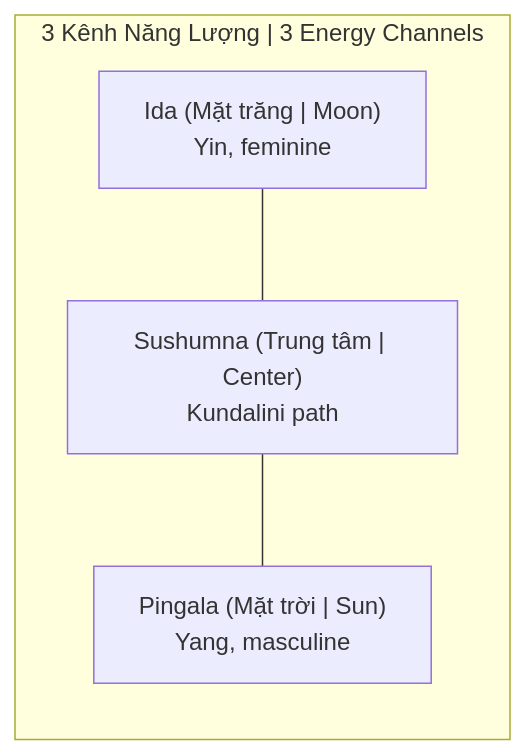
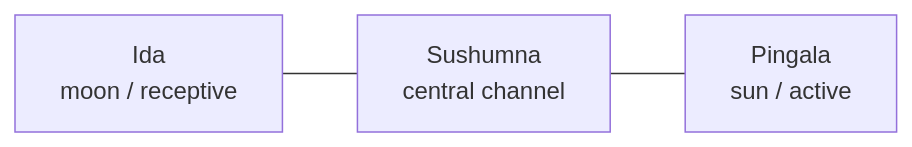
One commit to dyukahi/knowledge changed the second of 2 diagrams in esoterica/Kundalini.md. Above: the diagram before and after it, drawn with Mermaid. The commit also changed other lines of this file and 5 other files, not shown here.

````diff
--- a/esoterica/Kundalini.md
+++ b/esoterica/Kundalini.md
@@ -75,10 +85,7 @@
 ```mermaid
 flowchart LR
-    subgraph "3 Kênh Năng Lượng | 3 Energy Channels"
-        I["Ida (Mặt trăng | Moon)<br/>Yin, feminine"]
-        S["Sushumna (Trung tâm | Center)<br/>Kundalini path"]
-        P["Pingala (Mặt trời | Sun)<br/>Yang, masculine"]
-    end
-    
+    I["Ida<br/>moon / receptive"]
+    S["Sushumna<br/>central channel"]
+    P["Pingala<br/>sun / active"]
     I --- S --- P
 ```
````
